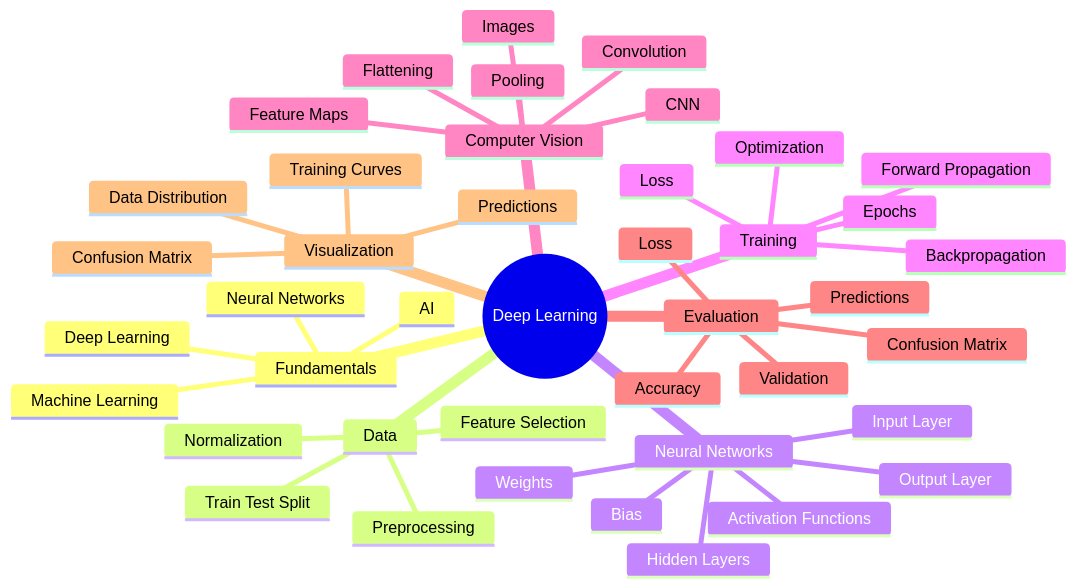
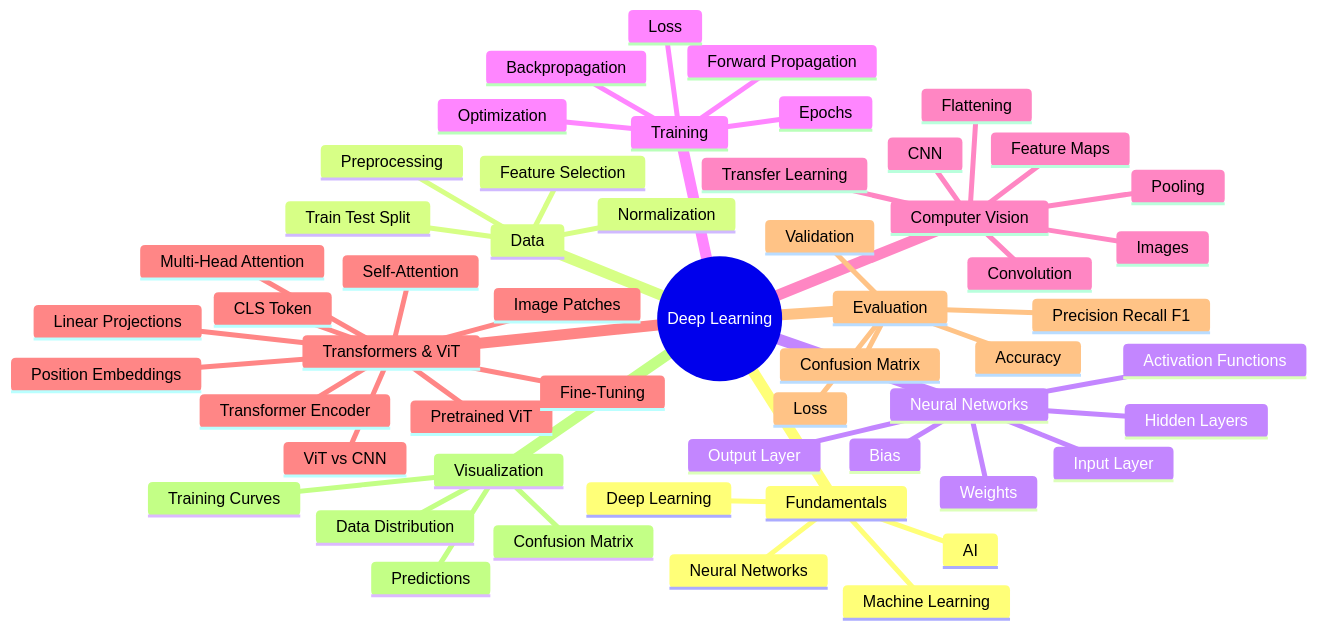
Before and after one commit to rushirathod22/Deep_Learning_Assignment: the ninth of 9 diagrams in README.md, drawn with Mermaid. The commit also changed other lines of this file and 7 other files, not shown here.

Commit message:
feat(Lab_9): add Vision Transformer (ViT) vs CNN image classification and update main mind map in README

````diff
--- a/README.md
+++ b/README.md
@@ -558,45 +619,57 @@
 ```mermaid
 mindmap
   root((Deep Learning))
     Fundamentals
       AI
       Machine Learning
       Deep Learning
       Neural Networks
     Data
       Preprocessing
       Feature Selection
       Normalization
       Train Test Split
     Neural Networks
       Input Layer
       Hidden Layers
       Output Layer
       Weights
       Bias
       Activation Functions
     Training
       Forward Propagation
       Loss
       Backpropagation
       Optimization
       Epochs
     Computer Vision
       Images
       Convolution
       Feature Maps
       Pooling
       Flattening
       CNN
+      Transfer Learning
+    Transformers & ViT
+      Self-Attention
+      Multi-Head Attention
+      Image Patches
+      Linear Projections
+      Position Embeddings
+      CLS Token
+      Transformer Encoder
+      Pretrained ViT
+      Fine-Tuning
+      ViT vs CNN
     Evaluation
       Accuracy
       Loss
-      Predictions
+      Precision Recall F1
       Confusion Matrix
       Validation
     Visualization
       Data Distribution
       Training Curves
       Predictions
       Confusion Matrix
 ```
````
